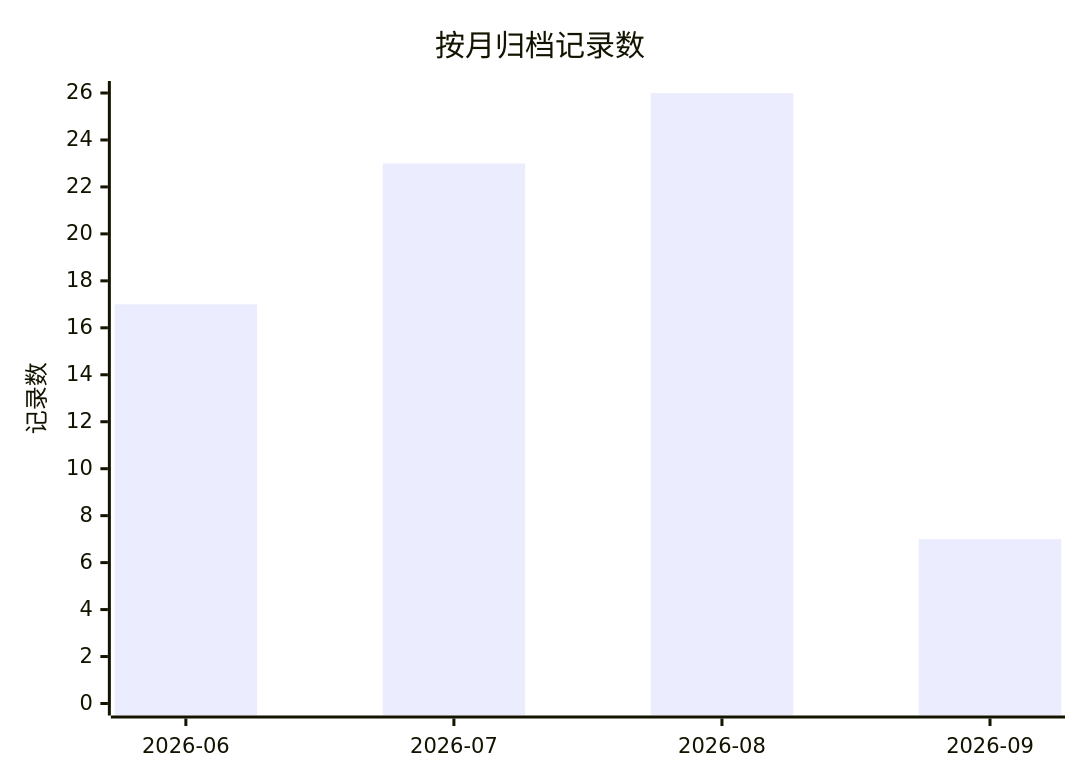
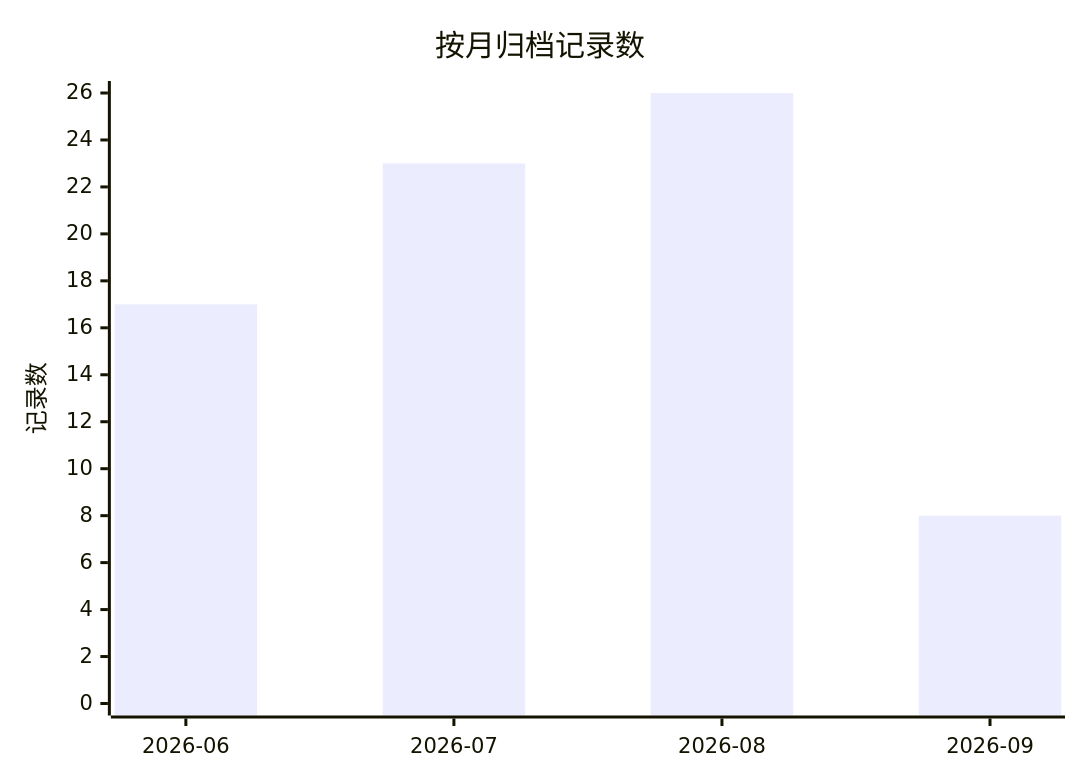
Before and after one commit to golddream-y/obsidian-ratel: the first of 2 diagrams in docs/superpowers/ARCHIVE.md, drawn with Mermaid. The commit also changed other lines of this file and 6 other files, not shown here.

````diff
--- a/docs/superpowers/ARCHIVE.md
+++ b/docs/superpowers/ARCHIVE.md
@@ -14,7 +14,7 @@
 ```mermaid
 xychart-beta
     title "按月归档记录数"
     x-axis ["2026-06", "2026-07", "2026-08", "2026-09"]
     y-axis "记录数" 0 --> 26
-    bar [17, 23, 26, 7]
+    bar [17, 23, 26, 8]
 ```
````
